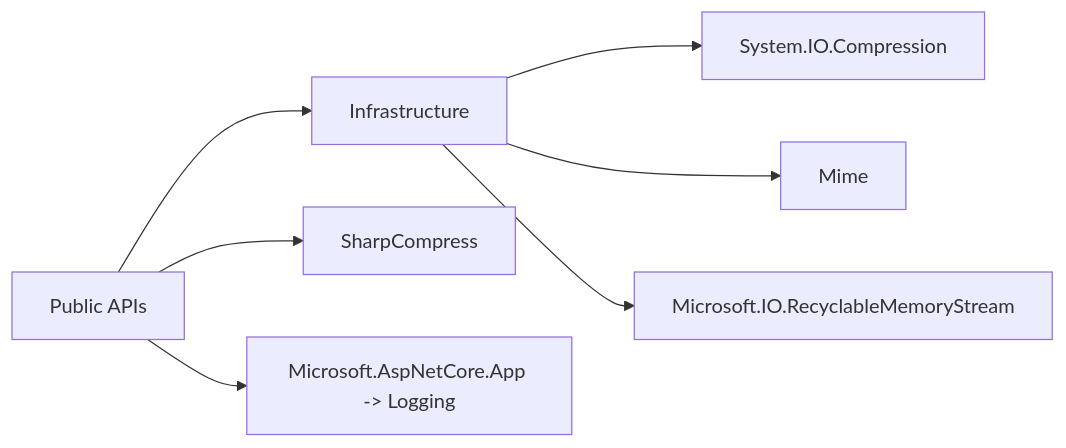
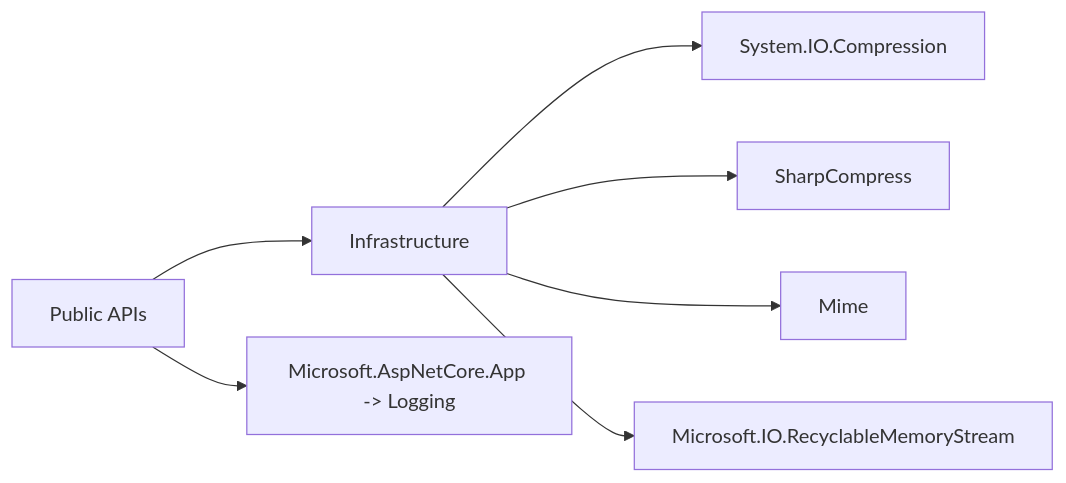
Before and after one commit to tomtastisch/FileClassifier: the third of 3 diagrams in src/FileTypeDetection/README.md, drawn with Mermaid. The commit also changed other lines of this file and 40 other files, not shown here.

````diff
--- a/src/FileTypeDetection/README.md
+++ b/src/FileTypeDetection/README.md
@@ -73,9 +82,9 @@
 ```mermaid
 flowchart LR
     API[Public APIs] --> CORE[Infrastructure]
     CORE --> ZIP[System.IO.Compression]
+    CORE --> SHARP[SharpCompress]
     CORE --> MIME[Mime]
     CORE --> RMS[Microsoft.IO.RecyclableMemoryStream]
-    API --> SHARP[SharpCompress]
     API --> LOG[Microsoft.AspNetCore.App -> Logging]
 ```
````
